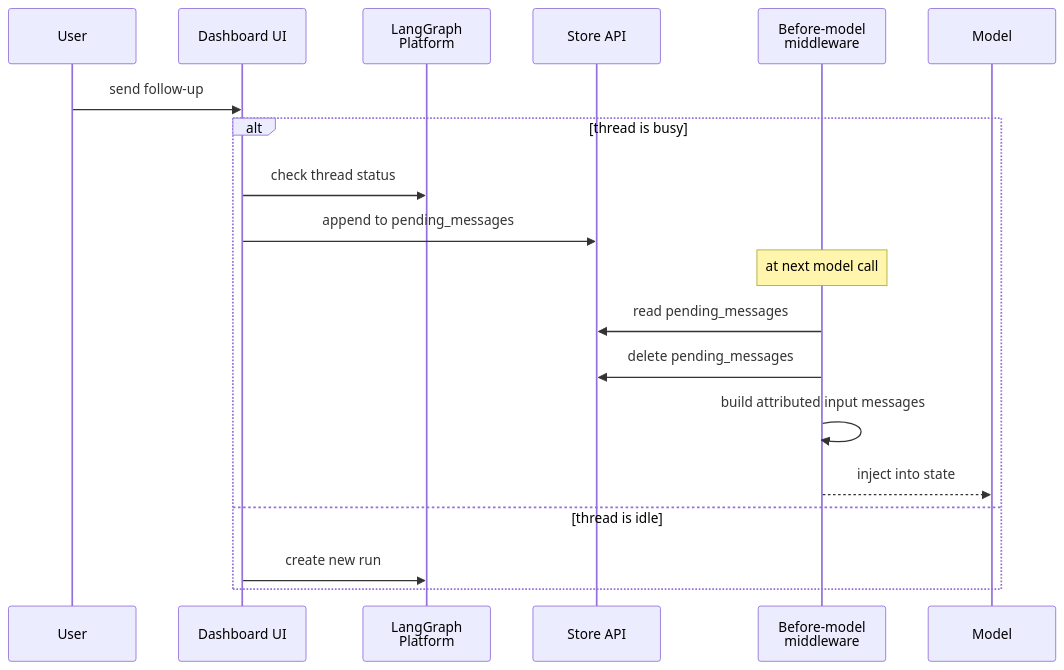
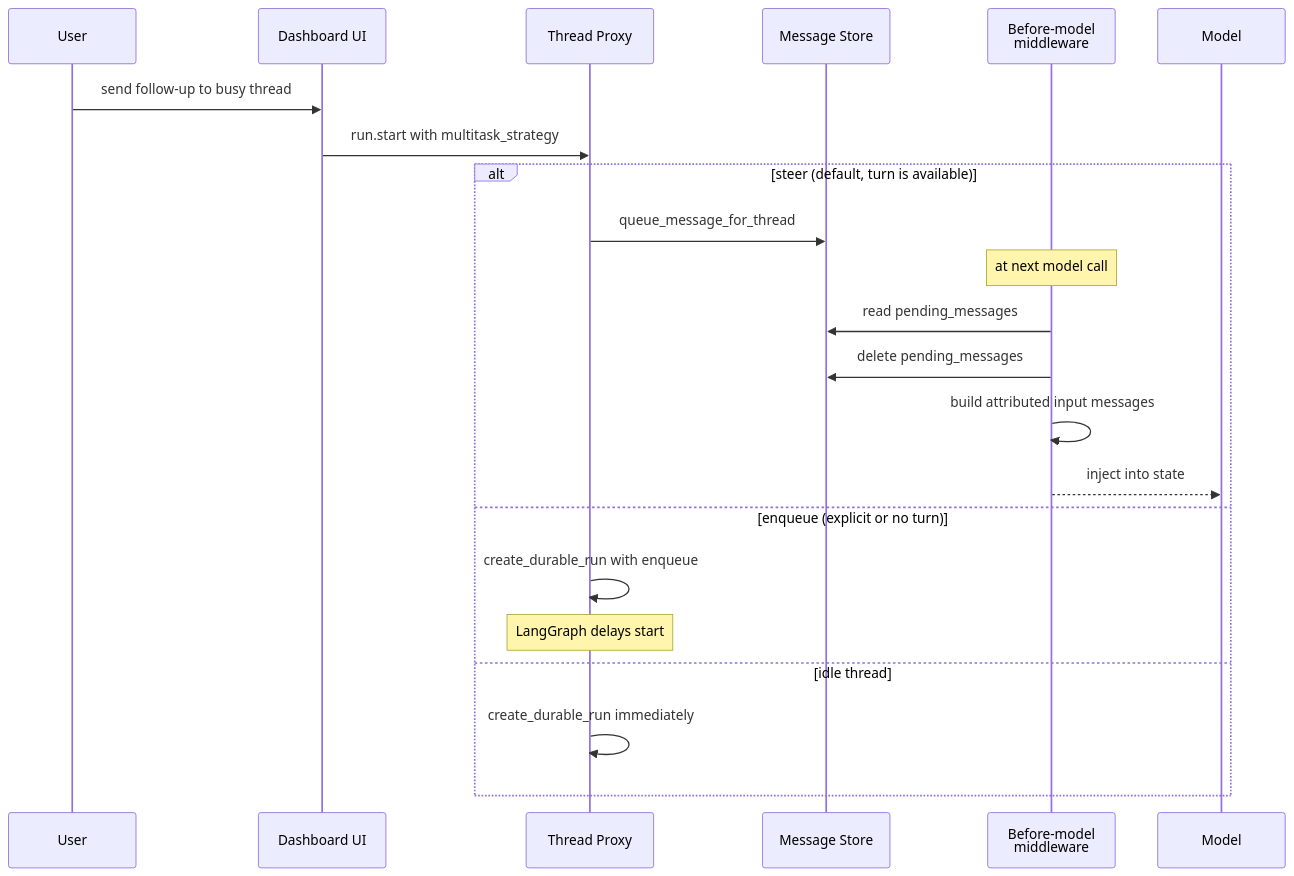
The diagram in openwiki/workflows/follow-up-messages.md (aeteq/open-swe), drawn with Mermaid before and after one commit. The commit also changed other lines of this file and 46 other files, not shown here.

````diff
--- a/openwiki/workflows/follow-up-messages.md
+++ b/openwiki/workflows/follow-up-messages.md
@@ -84,22 +90,25 @@
 ```mermaid
 sequenceDiagram
     participant User
     participant Dashboard as Dashboard UI
-    participant LangGraph as LangGraph<br/>Platform
-    participant Store as Store API
+    participant Proxy as Thread Proxy
+    participant Store as Message Store
     participant Middleware as Before-model<br/>middleware
     participant Model
 
-    User->>Dashboard: send follow-up
-    alt thread is busy
-        Dashboard->>LangGraph: check thread status
-        Dashboard->>Store: append to pending_messages
+    User->>Dashboard: send follow-up to busy thread
+    Dashboard->>Proxy: run.start with multitask_strategy
+    alt steer (default, turn is available)
+        Proxy->>Store: queue_message_for_thread
         Note over Middleware: at next model call
         Middleware->>Store: read pending_messages
         Middleware->>Store: delete pending_messages
         Middleware->>Middleware: build attributed input messages
         Middleware-->>Model: inject into state
-    else thread is idle
-        Dashboard->>LangGraph: create new run
+    else enqueue (explicit or no turn)
+        Proxy->>Proxy: create_durable_run with enqueue
+        Note over Proxy: LangGraph delays start
+    else idle thread
+        Proxy->>Proxy: create_durable_run immediately
     end
 ```
````
